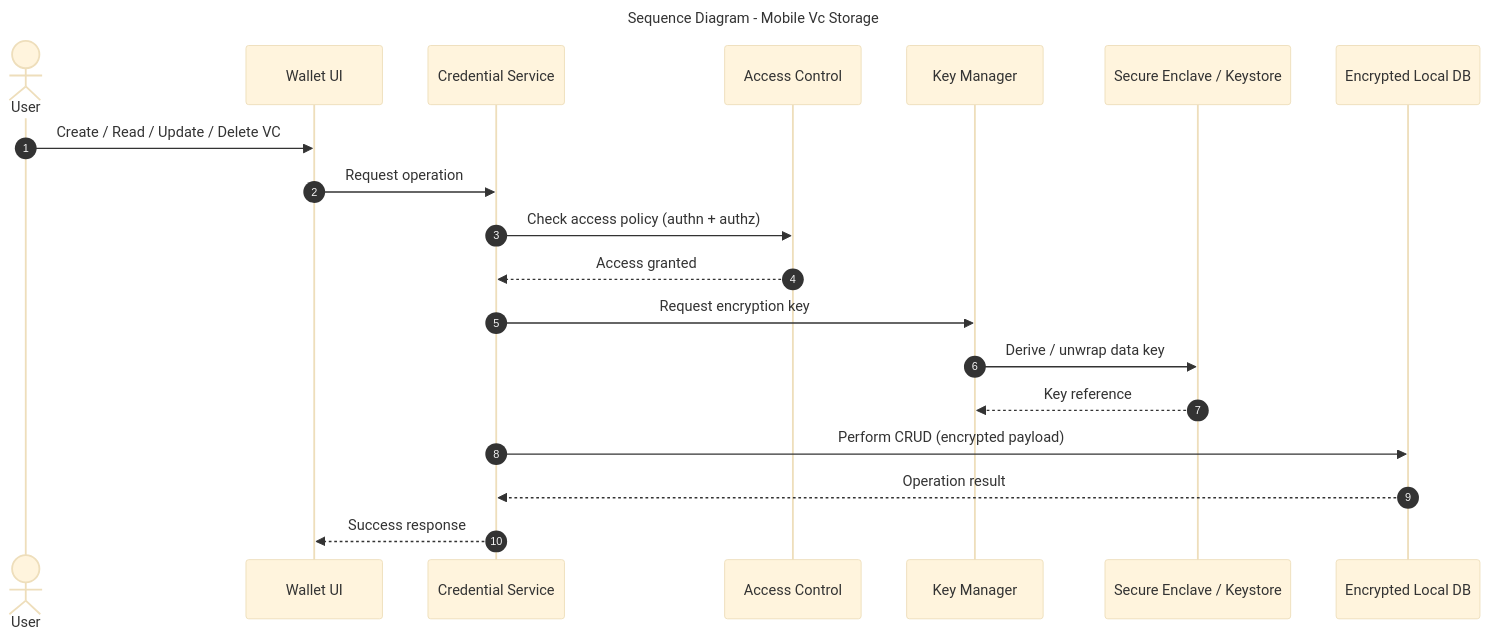
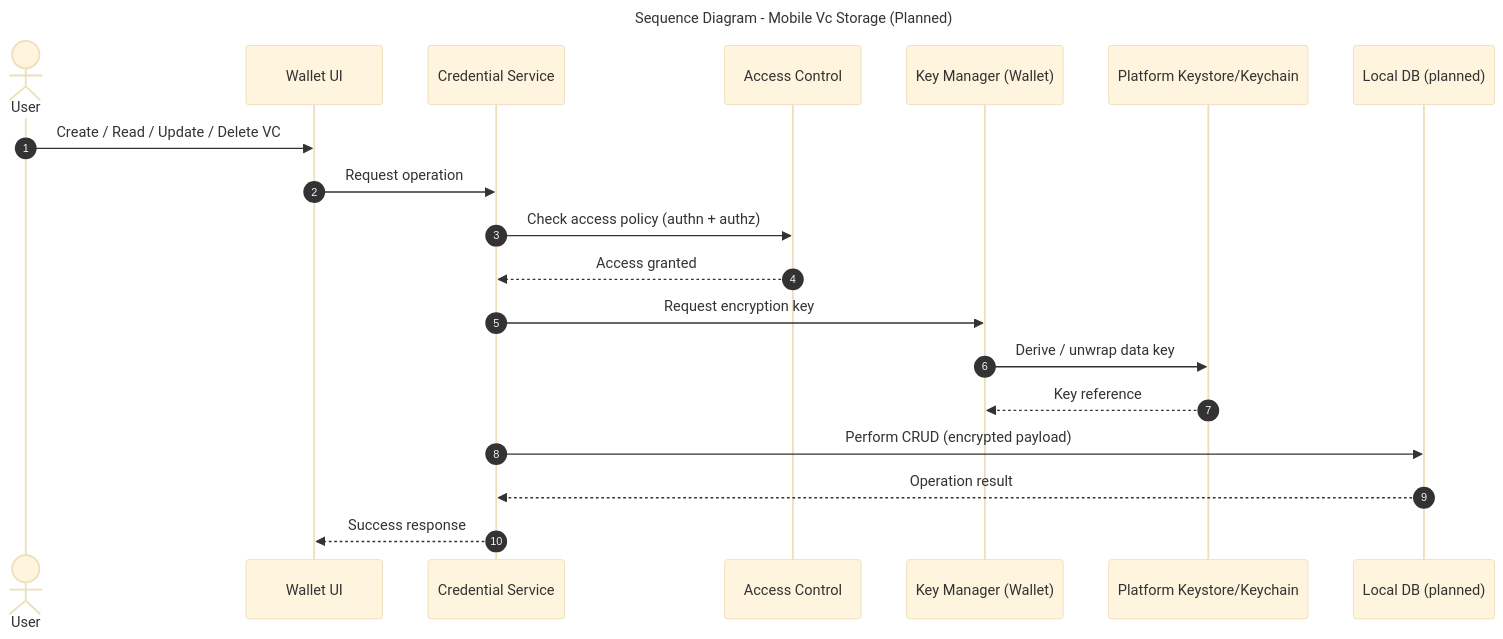
Before and after one commit to CHATEAUFORGE-LLC/QuantumZero: the diagram in diagrams/sequence-mobile-vc-storage.mmd, drawn with Mermaid. The commit also changed 63 other files, not shown here.

Commit message:
expansion of diagrams, and further refinement

```diff
--- a/diagrams/sequence-mobile-vc-storage.mmd
+++ b/diagrams/sequence-mobile-vc-storage.mmd
@@ -1,27 +1,28 @@
 ---
-title: Sequence Diagram - Mobile Vc Storage
+title: Sequence Diagram - Mobile Vc Storage (Planned)
 config:
   theme: base
 ---
+%% QuantumZero UML palette note: actors/external=#fff7e6/#b45309, system/component=#e0f2fe/#075985, datastore=#ecfccb/#4d7c0f, notes=#fff9c4/#d97706. Aligns diagrams to Deliverable 1 UML/DFD theme.
 sequenceDiagram
   autonumber
   actor User
   participant UI as Wallet UI
   participant SVC as Credential Service
   participant ACL as Access Control
-  participant KMS as Key Manager
-  participant HSM as Secure Enclave / Keystore
-  participant DB as Encrypted Local DB
+  participant KeyMgr as Key Manager (Wallet)
+  participant PlatformKeys as Platform Keystore/Keychain
+  participant DB as Local DB (planned)
 
   User->>UI: Create / Read / Update / Delete VC
   UI->>SVC: Request operation
   SVC->>ACL: Check access policy (authn + authz)
 
   ACL-->>SVC: Access granted
-  SVC->>KMS: Request encryption key
-  KMS->>HSM: Derive / unwrap data key
-  HSM-->>KMS: Key reference
+  SVC->>KeyMgr: Request encryption key
+  KeyMgr->>PlatformKeys: Derive / unwrap data key
+  PlatformKeys-->>KeyMgr: Key reference
 
   SVC->>DB: Perform CRUD (encrypted payload)
   DB-->>SVC: Operation result
   SVC-->>UI: Success response
```
